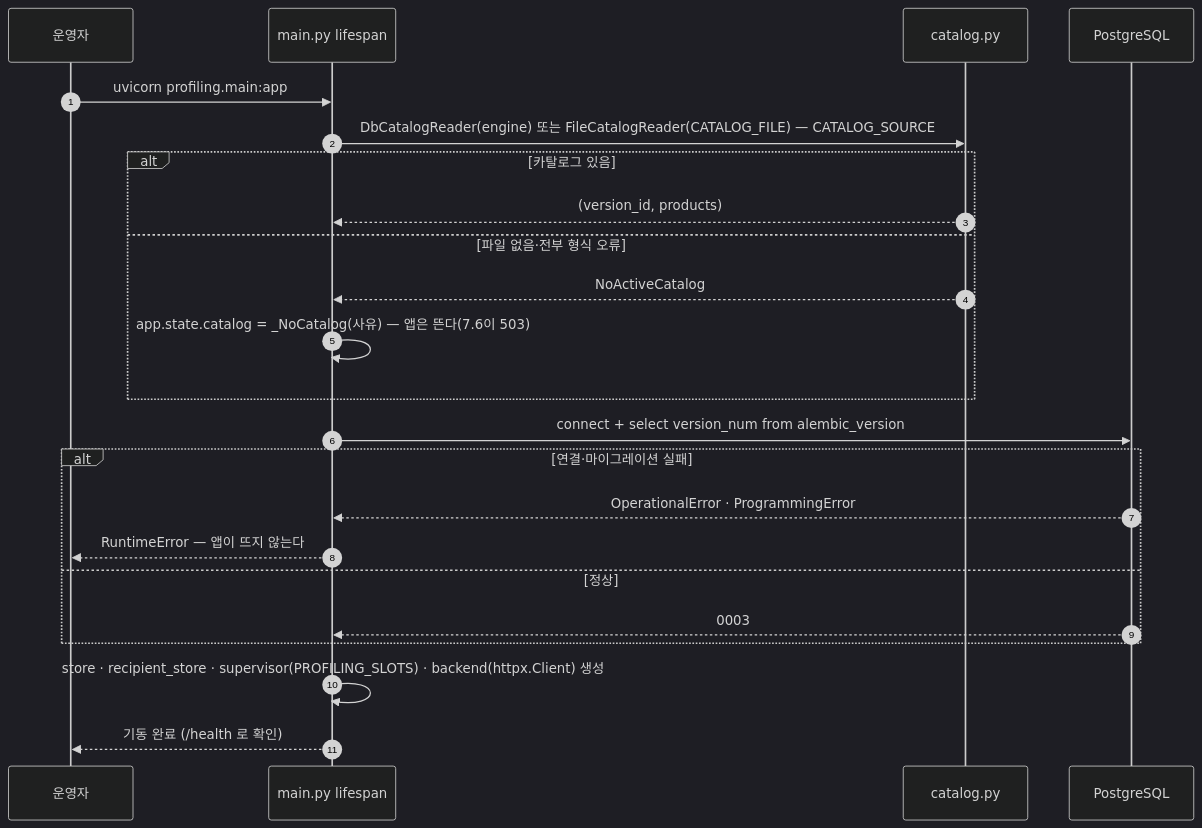
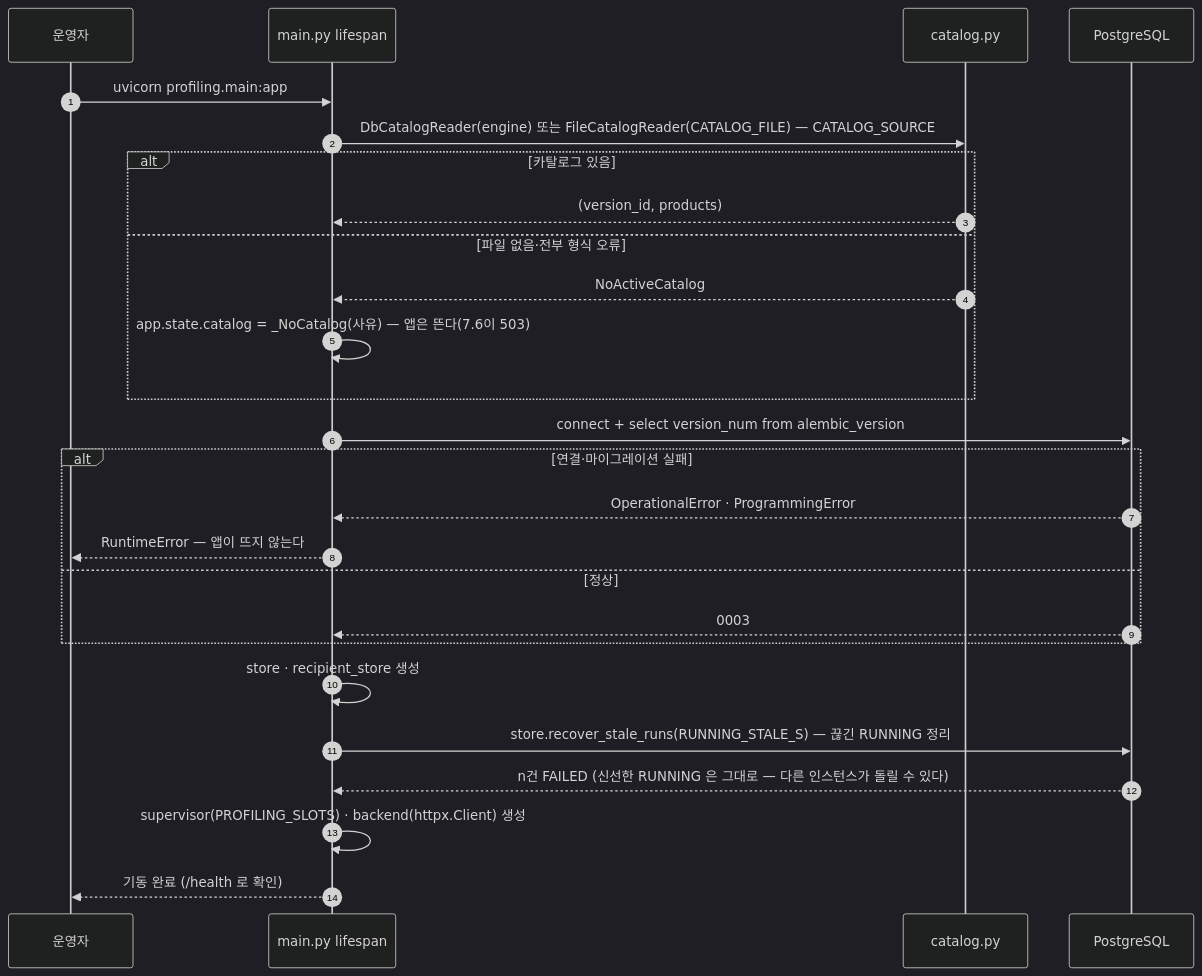
Before and after one commit to 100-hours-a-week/KTB4-12th-AI: the first of 6 diagrams in profiling/docs/시퀀스_전체.md, drawn with Mermaid (dark theme). The commit also changed 1 other file, not shown here.

Commit message:
docs(profiling): 기동 시퀀스에 끊긴 실행 정리 반영 (앞 커밋에서 빠짐)
앞 커밋에서 첫 치환이 다른 줄에서 실패해 기동 그림만 옛 상태로 남았다.
store.recover_stale_runs(RUNNING_STALE_S) 를 DB 화살표로 넣고, 신선한 RUNNING 은
건드리지 않는다는 주석을 붙였다. 그림 다시 렌더.

````diff
--- a/profiling/docs/시퀀스_전체.md
+++ b/profiling/docs/시퀀스_전체.md
@@ -41,25 +41,28 @@
 ```mermaid
 sequenceDiagram
   autonumber
   participant OP as 운영자
   participant APP as main.py lifespan
   participant CAT as catalog.py
   participant DB as PostgreSQL
   OP->>APP: uvicorn profiling.main:app
   APP->>CAT: DbCatalogReader(engine) 또는 FileCatalogReader(CATALOG_FILE) — CATALOG_SOURCE
   alt 카탈로그 있음
     CAT-->>APP: (version_id, products)
   else 파일 없음·전부 형식 오류
     CAT-->>APP: NoActiveCatalog
     APP->>APP: app.state.catalog = _NoCatalog(사유) — 앱은 뜬다(7.6이 503)
   end
   APP->>DB: connect + select version_num from alembic_version
   alt 연결·마이그레이션 실패
     DB-->>APP: OperationalError · ProgrammingError
     APP-->>OP: RuntimeError — 앱이 뜨지 않는다
   else 정상
     DB-->>APP: 0003
   end
-  APP->>APP: store · recipient_store · supervisor(PROFILING_SLOTS) · backend(httpx.Client) 생성
+  APP->>APP: store · recipient_store 생성
+  APP->>DB: store.recover_stale_runs(RUNNING_STALE_S) — 끊긴 RUNNING 정리
+  DB-->>APP: n건 FAILED (신선한 RUNNING 은 그대로 — 다른 인스턴스가 돌릴 수 있다)
+  APP->>APP: supervisor(PROFILING_SLOTS) · backend(httpx.Client) 생성
   APP-->>OP: 기동 완료 (/health 로 확인)
 ```
````
